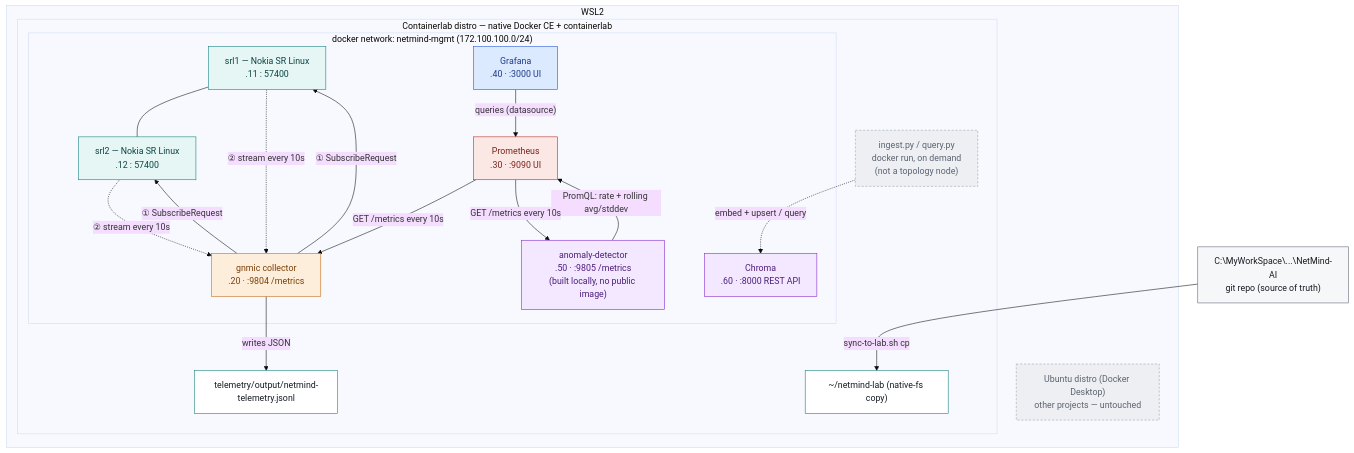
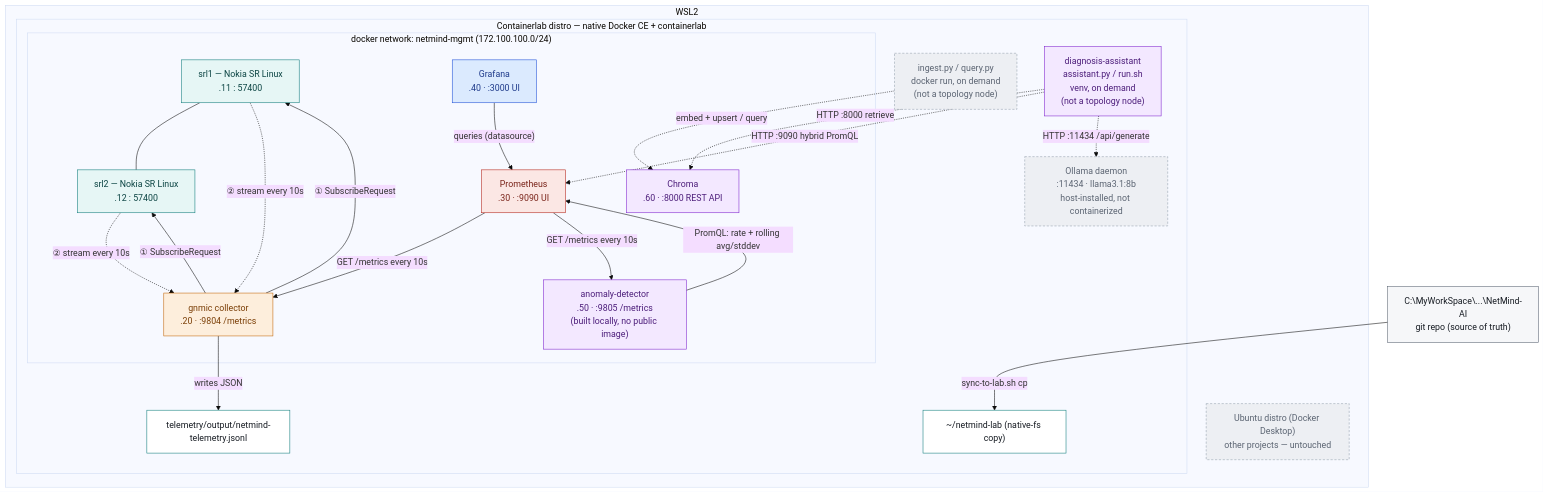
One commit to pacificpatel165/netmind-ai changed the diagram in docs/architecture/component-diagram.md. Above: the diagram before and after it, drawn with Mermaid (base theme). The commit also changed other lines of this file and 4 other files, not shown here.

````diff
--- a/docs/architecture/component-diagram.md
+++ b/docs/architecture/component-diagram.md
@@ -16,45 +16,50 @@
 ```mermaid
 flowchart TB
     classDef host fill:#F6F7F9,stroke:#5B6472,color:#161B22
     classDef distro fill:#FFFFFF,stroke:#0E7C7B,color:#161B22
     classDef muted fill:#EDEFF3,stroke:#94A0AD,color:#5B6472,stroke-dasharray: 4 3
     classDef device fill:#E6F6F5,stroke:#0E7C7B,color:#0B4443
     classDef collector fill:#FDEEDC,stroke:#C2660A,color:#7A3E06
     classDef metrics fill:#FBE7E4,stroke:#B42318,color:#7A241A
     classDef dashboard fill:#DBEAFE,stroke:#1D4ED8,color:#1E3A8A
     classDef intelligence fill:#F3E8FF,stroke:#7E22CE,color:#4C1D7A
     classDef planned fill:#EDEFF3,stroke:#94A0AD,color:#5B6472,stroke-dasharray: 4 3
 
     REPO["C:\MyWorkSpace\...\NetMind-AI<br/>git repo (source of truth)"]:::host
 
     subgraph WSL["WSL2"]
         UBUNTU["Ubuntu distro (Docker Desktop)<br/>other projects — untouched"]:::muted
         subgraph CLAB["Containerlab distro — native Docker CE + containerlab"]
             NATIVE["~/netmind-lab (native-fs copy)"]:::distro
             subgraph NET["docker network: netmind-mgmt (172.100.100.0/24)"]
                 SRL1["srl1 — Nokia SR Linux<br/>.11 : 57400"]:::device
                 SRL2["srl2 — Nokia SR Linux<br/>.12 : 57400"]:::device
                 GNMIC["gnmic collector<br/>.20 · :9804 /metrics"]:::collector
                 PROM["Prometheus<br/>.30 · :9090 UI"]:::metrics
                 GRAFANA["Grafana<br/>.40 · :3000 UI"]:::dashboard
                 ANOMALY["anomaly-detector<br/>.50 · :9805 /metrics<br/>(built locally, no public image)"]:::intelligence
                 CHROMA["Chroma<br/>.60 · :8000 REST API"]:::intelligence
             end
             OUT["telemetry/output/netmind-telemetry.jsonl"]:::distro
             INGEST["ingest.py / query.py<br/>docker run, on demand<br/>(not a topology node)"]:::muted
+            OLLAMA["Ollama daemon<br/>:11434 · llama3.1:8b<br/>host-installed, not containerized"]:::muted
+            DIAG["diagnosis-assistant<br/>assistant.py / run.sh<br/>venv, on demand<br/>(not a topology node)"]:::intelligence
         end
     end
 
     REPO -->|sync-to-lab.sh cp| NATIVE
     SRL1 --- SRL2
     GNMIC -->|"① SubscribeRequest"| SRL1
     SRL1 -.->|"② stream every 10s"| GNMIC
     GNMIC -->|"① SubscribeRequest"| SRL2
     SRL2 -.->|"② stream every 10s"| GNMIC
     GNMIC -->|writes JSON| OUT
     PROM -->|"GET /metrics every 10s"| GNMIC
     GRAFANA -->|"queries (datasource)"| PROM
     ANOMALY -->|"PromQL: rate + rolling avg/stddev"| PROM
     PROM -->|"GET /metrics every 10s"| ANOMALY
     INGEST -.->|"embed + upsert / query"| CHROMA
+    DIAG -.->|"HTTP :8000 retrieve"| CHROMA
+    DIAG -.->|"HTTP :9090 hybrid PromQL"| PROM
+    DIAG -.->|"HTTP :11434 /api/generate"| OLLAMA
 ```
````
